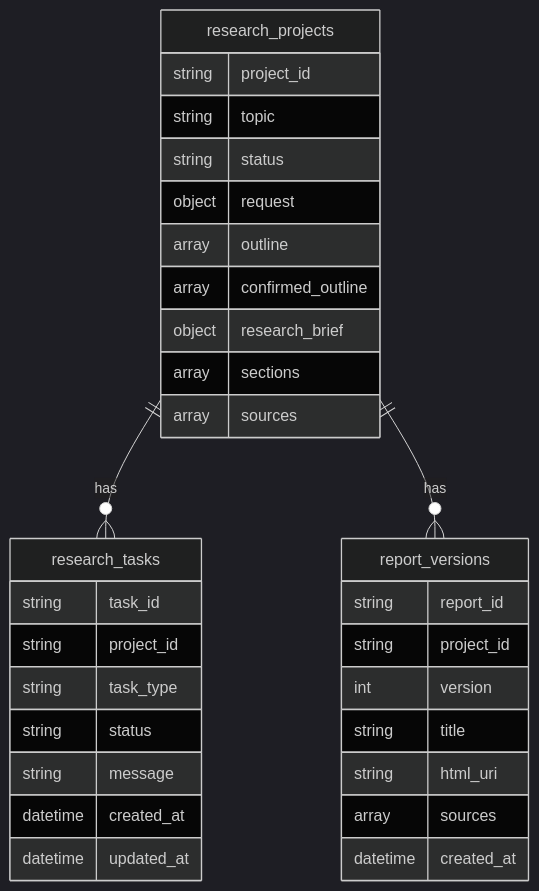
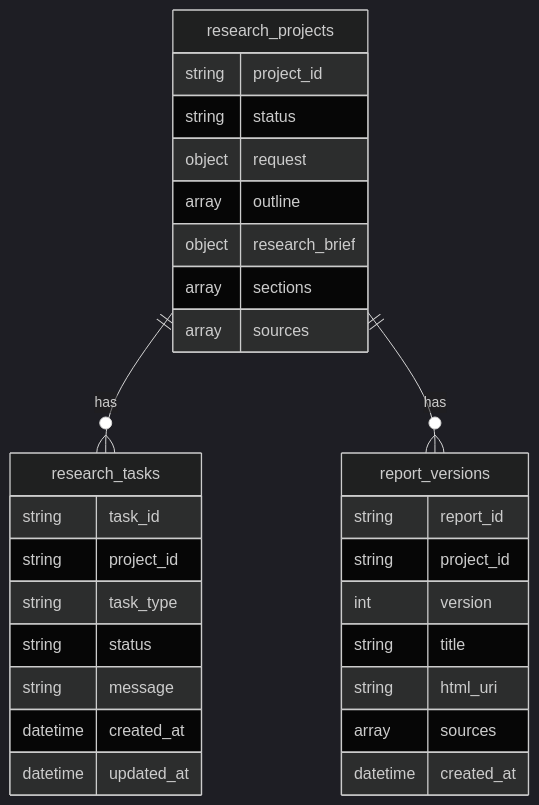
One commit to JxKim/DeepResearch changed the third of 3 diagrams in 最终课件/02_异步任务构建和数据存储.md. Above: the diagram before and after it, drawn with Mermaid (dark theme). The commit also changed other lines of this file and 1 other file, not shown here.

````diff
--- a/最终课件/02_异步任务构建和数据存储.md
+++ b/最终课件/02_异步任务构建和数据存储.md
@@ -545,37 +487,34 @@
 ```mermaid
 erDiagram
     research_projects ||--o{ research_tasks : has
     research_projects ||--o{ report_versions : has
+research_projects {
+    string project_id
+    string status
+    object request
+    array outline
+    object research_brief
+    array sections
+    array sources
+}
 
-    research_projects {
-        string project_id
-        string topic
-        string status
-        object request
-        array outline
-        array confirmed_outline
-        object research_brief
-        array sections
-        array sources
-    }
+research_tasks {
+    string task_id
+    string project_id
+    string task_type
+    string status
+    string message
+    datetime created_at
+    datetime updated_at
+}
 
-    research_tasks {
-        string task_id
-        string project_id
-        string task_type
-        string status
-        string message
-        datetime created_at
-        datetime updated_at
-    }
-
-    report_versions {
-        string report_id
-        string project_id
-        int version
-        string title
-        string html_uri
-        array sources
-        datetime created_at
-    }
+report_versions {
+    string report_id
+    string project_id
+    int version
+    string title
+    string html_uri
+    array sources
+    datetime created_at
+}
 ```
````
